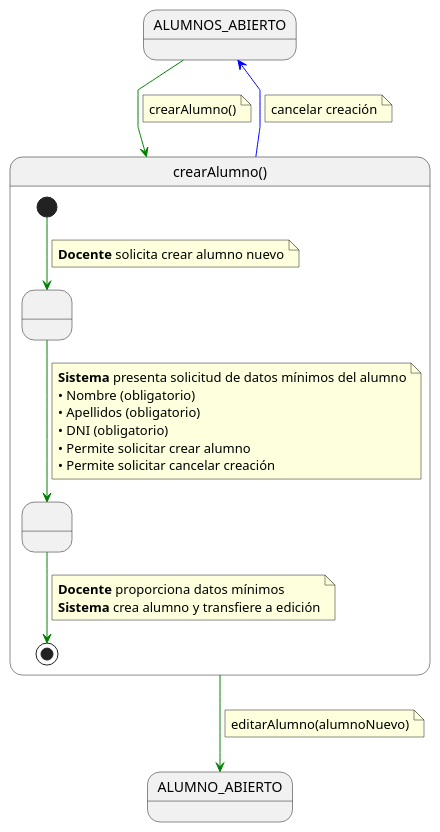
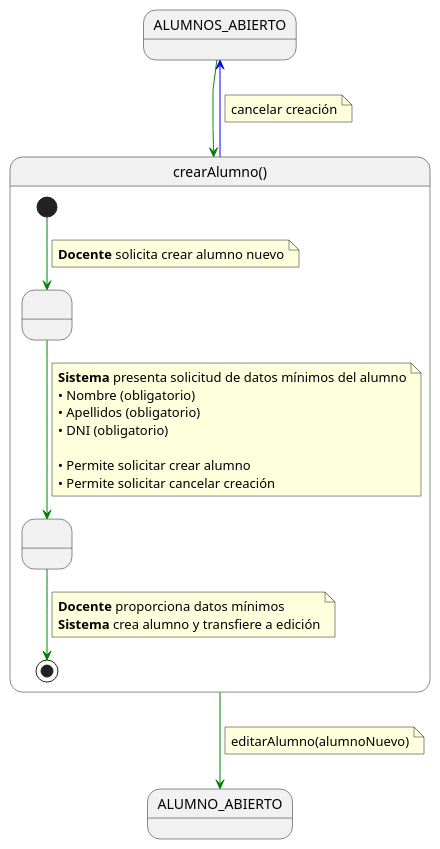
Before and after one commit to martinlopez7/25-26-IdSw1-SdR: the diagram in documents/casos-de-uso/detalladoCasosDeUso/crearAlumno/crearAlumno.puml, drawn with PlantUML. The commit also changed 13 other files, not shown here.

```diff
--- a/documents/casos-de-uso/detalladoCasosDeUso/crearAlumno/crearAlumno.puml
+++ b/documents/casos-de-uso/detalladoCasosDeUso/crearAlumno/crearAlumno.puml
@@ -1,56 +1,47 @@
 @startuml crearAlumno
 
 skinparam linetype polyline
 
-' 1. ESTADO PREVIO (Contexto de origen)
 state ALUMNOS_ABIERTO
 
-' 2. TRANSICIÓN DE ENTRADA
 ALUMNOS_ABIERTO -[#green]-> crearAlumno
-note on link
-crearAlumno()
-end note
 
-' 3. EL CASO DE USO (Caja negra detallada)
 state crearAlumno as "crearAlumno()" {
 
     state " " as SolicitandoDatos
     state " " as CreandoAlumno
 
     [*] -[#green]-> SolicitandoDatos 
     note on link
     <b>Docente</b> solicita crear alumno nuevo
     end note    
     
     SolicitandoDatos -[#green]-> CreandoAlumno
     note on link
     <b>Sistema</b> presenta solicitud de datos mínimos del alumno
     • Nombre (obligatorio)
     • Apellidos (obligatorio)
     • DNI (obligatorio)
+    
     • Permite solicitar crear alumno
     • Permite solicitar cancelar creación
     end note
     
     CreandoAlumno -[#green]-> [*]
     note on link
     <b>Docente</b> proporciona datos mínimos
     <b>Sistema</b> crea alumno y transfiere a edición
     end note
 }
 
-' 4. SALIDAS DEL CASO DE USO
-
-' Flujo Exitoso: Va al detalle para seguir editando
 crearAlumno -[#green]-> ALUMNO_ABIERTO
 note on link
 editarAlumno(alumnoNuevo)
 end note
 
-' Flujo Alternativo: Cancela y vuelve al listado original
 crearAlumno -[#blue]-> ALUMNOS_ABIERTO
 note on link
 cancelar creación
 end note
 
 @enduml
```
